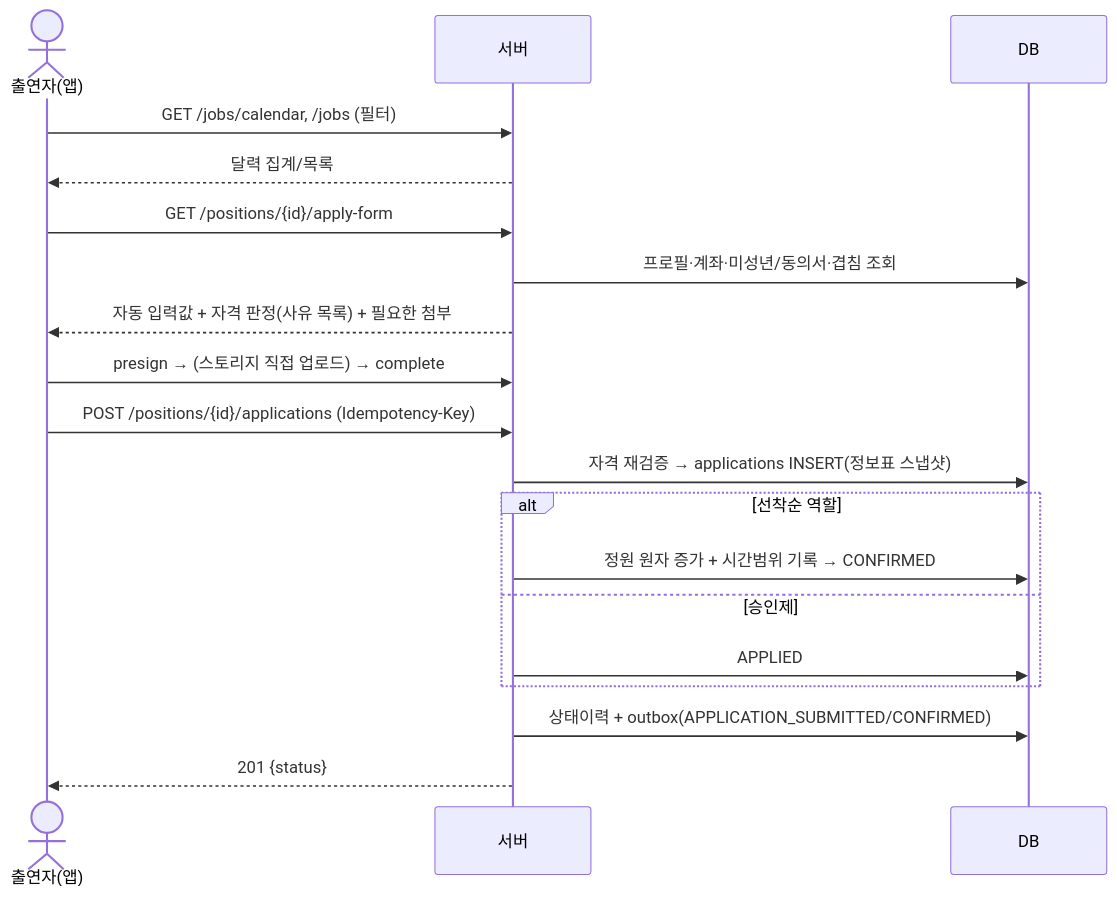
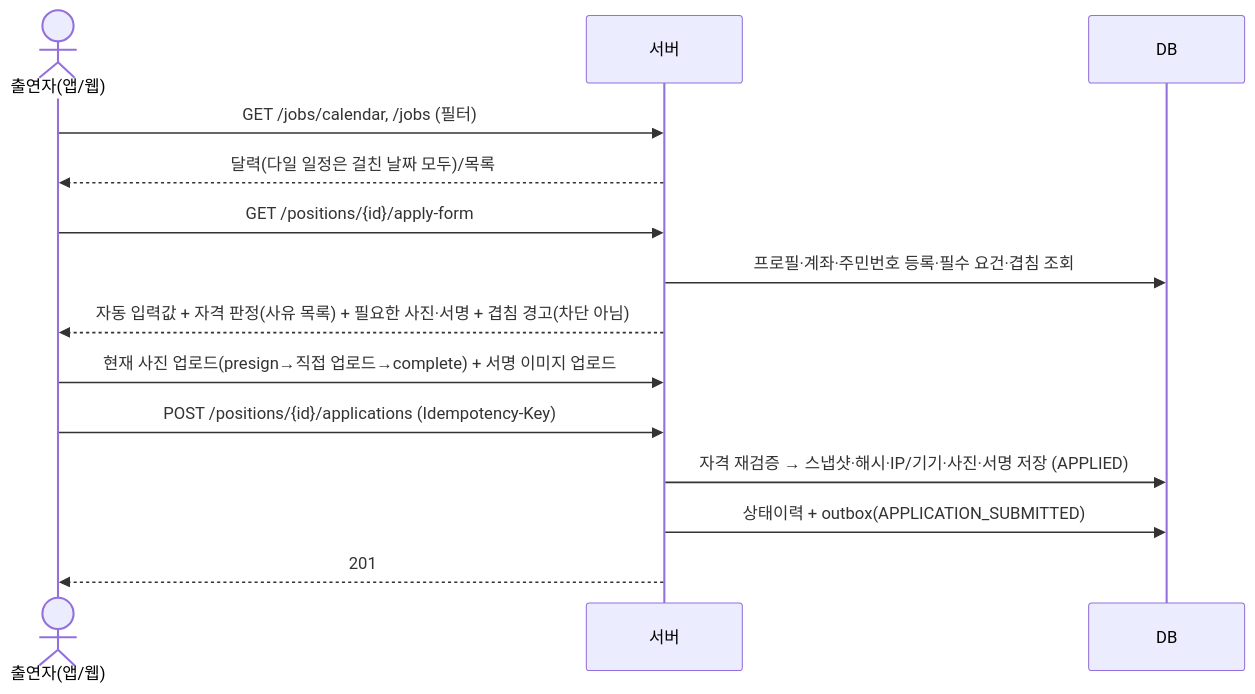
Before and after one commit to 7fsikMinQ/O: the third of 12 diagrams in docs/02_프로세스정의서.md, drawn with Mermaid. The commit also changed other lines of this file and 38 other files, not shown here.

````diff
--- a/docs/02_프로세스정의서.md
+++ b/docs/02_프로세스정의서.md
@@ -53,21 +53,16 @@
 ```mermaid
 sequenceDiagram
-  actor U as 출연자(앱)
+  actor U as 출연자(앱/웹)
   participant API as 서버
   participant DB as DB
   U->>API: GET /jobs/calendar, /jobs (필터)
-  API-->>U: 달력 집계/목록
+  API-->>U: 달력(다일 일정은 걸친 날짜 모두)/목록
   U->>API: GET /positions/{id}/apply-form
-  API->>DB: 프로필·계좌·미성년/동의서·겹침 조회
-  API-->>U: 자동 입력값 + 자격 판정(사유 목록) + 필요한 첨부
-  U->>API: presign → (스토리지 직접 업로드) → complete
+  API->>DB: 프로필·계좌·주민번호 등록·필수 요건·겹침 조회
+  API-->>U: 자동 입력값 + 자격 판정(사유 목록) + 필요한 사진·서명 + 겹침 경고(차단 아님)
+  U->>API: 현재 사진 업로드(presign→직접 업로드→complete) + 서명 이미지 업로드
   U->>API: POST /positions/{id}/applications (Idempotency-Key)
-  API->>DB: 자격 재검증 → applications INSERT(정보표 스냅샷)
-  alt 선착순 역할
-    API->>DB: 정원 원자 증가 + 시간범위 기록 → CONFIRMED
-  else 승인제
-    API->>DB: APPLIED
-  end
-  API->>DB: 상태이력 + outbox(APPLICATION_SUBMITTED/CONFIRMED)
-  API-->>U: 201 {status}
+  API->>DB: 자격 재검증 → 스냅샷·해시·IP/기기·사진·서명 저장 (APPLIED)
+  API->>DB: 상태이력 + outbox(APPLICATION_SUBMITTED)
+  API-->>U: 201
 ```
````
